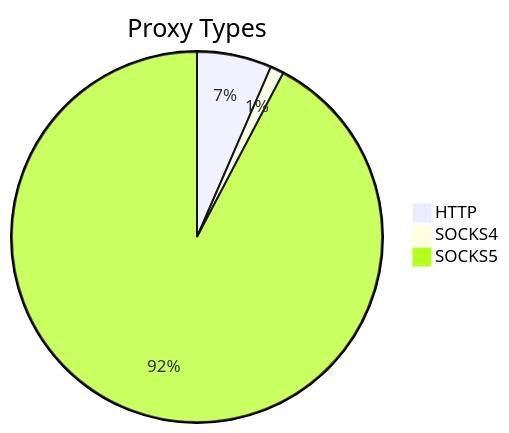
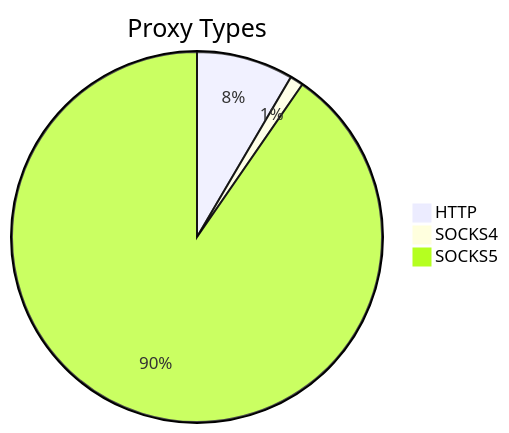
The first of 2 diagrams in README.md (stormsia/proxy-list), drawn with Mermaid before and after one commit. The commit also changed other lines of this file, not shown here.

````diff
--- a/README.md
+++ b/README.md
@@ -21,6 +21,6 @@
 ```mermaid
 pie title Proxy Types
-    "HTTP" : 384
-    "SOCKS4" : 70
-    "SOCKS5" : 5440
+    "HTTP" : 355
+    "SOCKS4" : 49
+    "SOCKS5" : 3796
 ```
````
